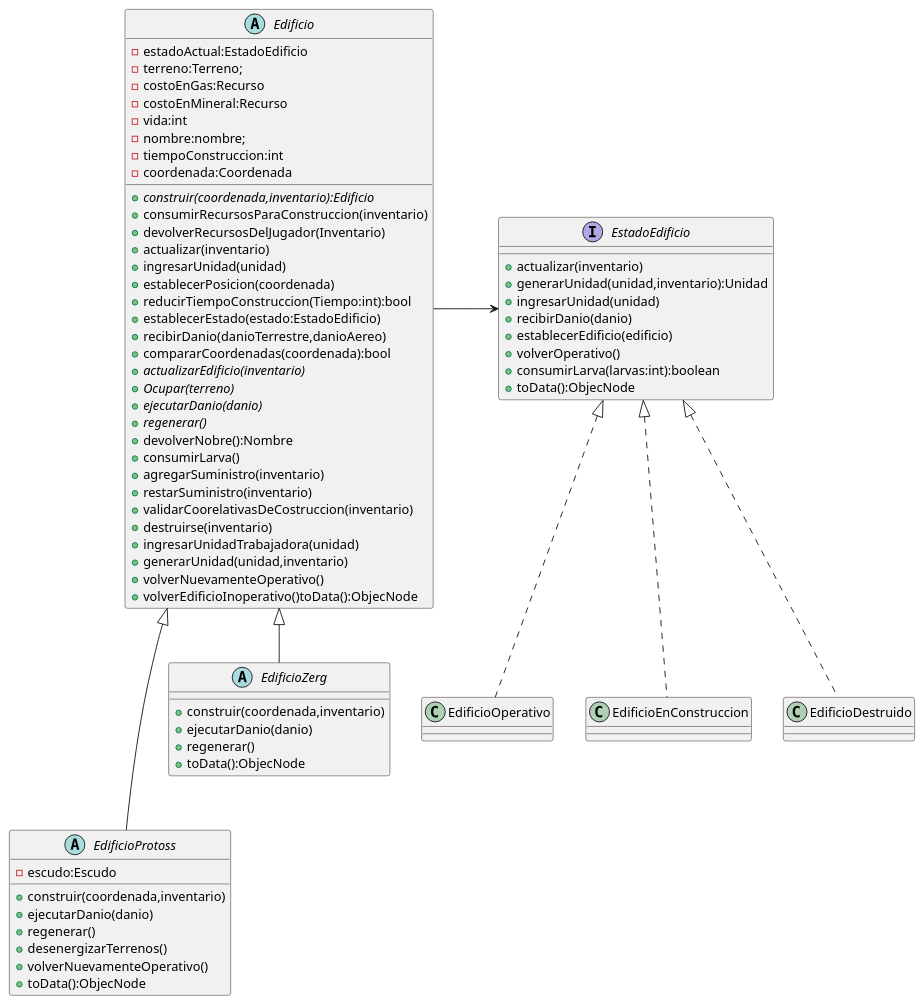
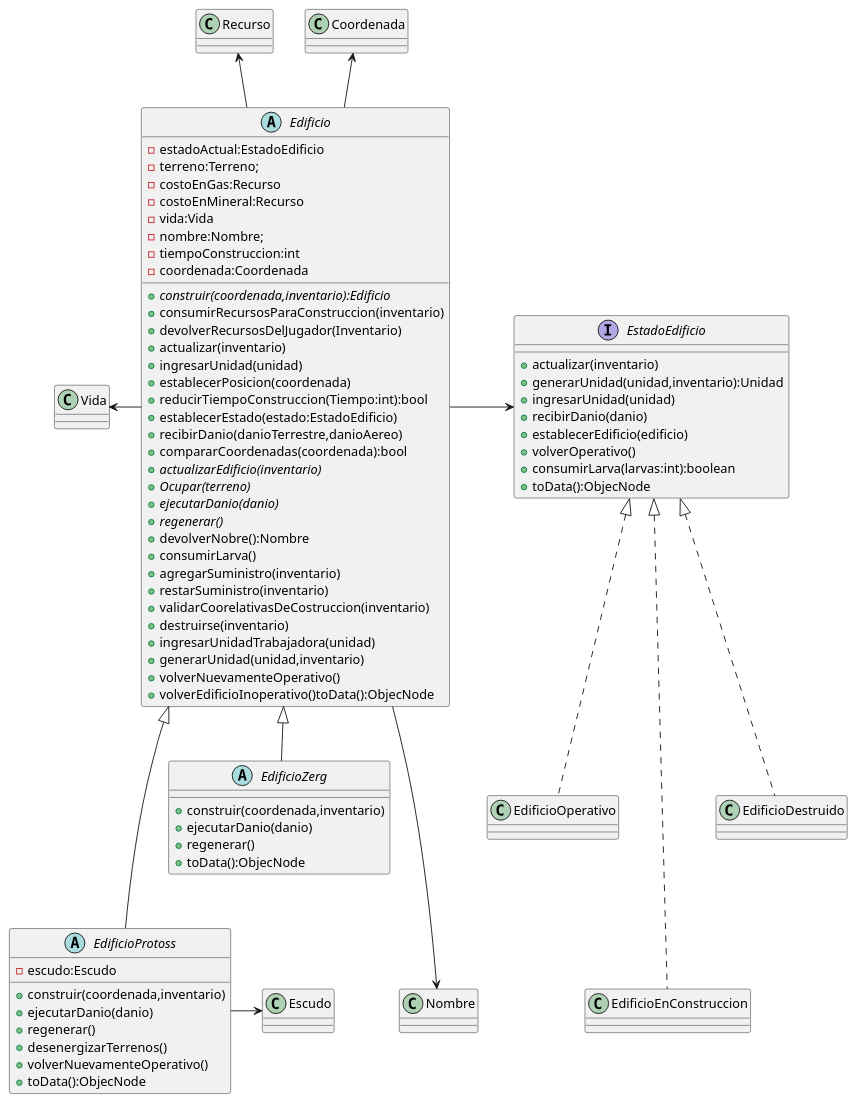
One commit to LucasMBarrientos/algo3_tp2 changed the diagram in diagrams/Modelo/class/clase_edificio.puml. Above: the diagram before and after it, drawn with PlantUML.

Commit message:
edificio

```diff
--- a/diagrams/Modelo/class/clase_edificio.puml
+++ b/diagrams/Modelo/class/clase_edificio.puml
@@ -1,78 +1,85 @@
 @startuml
+
+
 abstract Edificio{
 -estadoActual:EstadoEdificio
 -terreno:Terreno;
 -costoEnGas:Recurso
 -costoEnMineral:Recurso
--vida:int
--nombre:nombre;
+-vida:Vida
+-nombre:Nombre;
 -tiempoConstruccion:int
 -coordenada:Coordenada
 
 +{abstract}construir(coordenada,inventario):Edificio
 +consumirRecursosParaConstruccion(inventario)
 +devolverRecursosDelJugador(Inventario)
 +actualizar(inventario)
 +ingresarUnidad(unidad)
 +establecerPosicion(coordenada)
 +reducirTiempoConstruccion(Tiempo:int):bool
 +establecerEstado(estado:EstadoEdificio)
 +recibirDanio(danioTerrestre,danioAereo)
 +compararCoordenadas(coordenada):bool
 +{abstract}actualizarEdificio(inventario)
 +{abstract}Ocupar(terreno)
 +{abstract}ejecutarDanio(danio)
 +{abstract}regenerar()
 +devolverNobre():Nombre
 +consumirLarva()
 +agregarSuministro(inventario)
 +restarSuministro(inventario)
 +validarCoorelativasDeCostruccion(inventario)
 +destruirse(inventario)
 +ingresarUnidadTrabajadora(unidad)
 +generarUnidad(unidad,inventario)
 +volverNuevamenteOperativo()
 +volverEdificioInoperativo()toData():ObjecNode
 }
 
 
 interface EstadoEdificio{
  +actualizar(inventario)
 +generarUnidad(unidad,inventario):Unidad
 +ingresarUnidad(unidad)
 +recibirDanio(danio)
 +establecerEdificio(edificio)
 +volverOperativo()
 +consumirLarva(larvas:int):boolean
 +toData():ObjecNode
 
 }
 
 
 abstract EdificioProtoss{
 -escudo:Escudo
 +construir(coordenada,inventario)
 +ejecutarDanio(danio)
 +regenerar()
 +desenergizarTerrenos()
 +volverNuevamenteOperativo()
 +toData():ObjecNode
 }
 
 
 abstract EdificioZerg{
 +construir(coordenada,inventario)
 +ejecutarDanio(danio)
 +regenerar()
 +toData():ObjecNode
 '+establecerTerreno(terreno)
 '{abstract}+ocupar
 '{abstract}+validarCoorelativasDeCostruccion(inventario)
 }
 Edificio-> EstadoEdificio
 EstadoEdificio <|..EdificioOperativo
-EstadoEdificio <|..EdificioEnConstruccion
+EstadoEdificio <|...EdificioEnConstruccion
 EstadoEdificio <|..EdificioDestruido
 Edificio <|--- EdificioProtoss
 Edificio <|-- EdificioZerg
+Edificio ---> Nombre
+Edificio -up-> Coordenada
+Edificio -up-> Recurso
+Edificio -left> Vida
+EdificioProtoss -> Escudo
 @enduml
```
